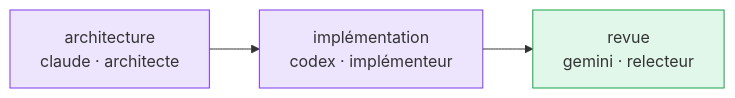
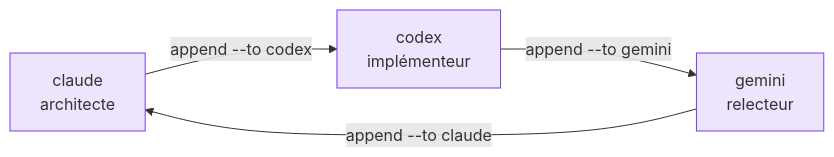
The diagram in docs/fr/guide/multi-agent.md (M8Shift/m8shift.github.io), drawn with Mermaid before and after one commit. The commit also changed other lines of this file and 37 other files, not shown here.

````diff
--- a/docs/fr/guide/multi-agent.md
+++ b/docs/fr/guide/multi-agent.md
@@ -29,9 +20,8 @@
 ```mermaid
 flowchart LR
-    A["architecture<br/>claude · architecte"] --> I["implémentation<br/>codex · implémenteur"]
-    I --> R["revue<br/>gemini · relecteur"]
+    C["claude<br/>architecte"] -->|"append --to codex"| X["codex<br/>implémenteur"]
+    X -->|"append --to gemini"| G["gemini<br/>relecteur"]
+    G -->|"append --to claude"| C
     classDef agent fill:#7c3aed22,stroke:#7c3aed;
-    classDef ok fill:#22c55e22,stroke:#16a34a;
-    class A,I agent;
-    class R ok;
+    class C,X,G agent;
 ```
````
